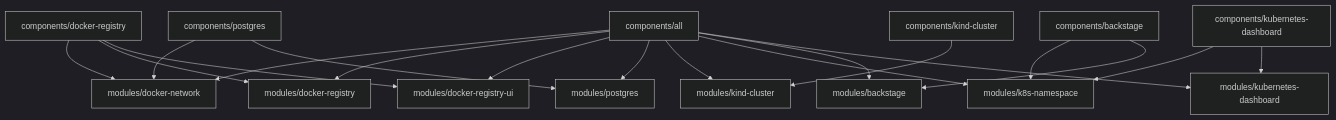
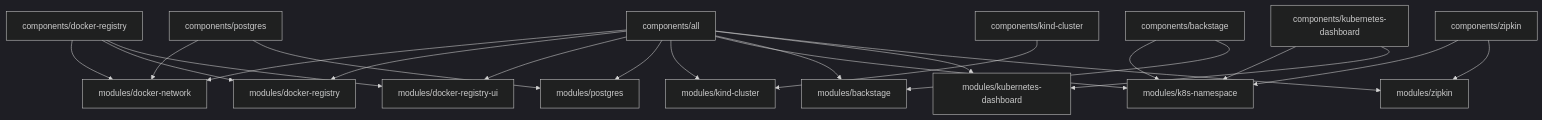
Before and after one commit to medimohammadise/elegant-infra-engine: the second of 3 diagrams in README.md, drawn with Mermaid (dark theme). The commit also changed other lines of this file and 17 other files, not shown here.

Commit message:
Add Zipkin component with optional public exposure

````diff
--- a/README.md
+++ b/README.md
@@ -50,24 +53,27 @@
 ```mermaid
 flowchart TD
   All["components/all"] --> DockerNetwork["modules/docker-network"]
   All --> Registry["modules/docker-registry"]
   All --> RegistryUI["modules/docker-registry-ui"]
   All --> Postgres["modules/postgres"]
   All --> Kind["modules/kind-cluster"]
   All --> Namespace["modules/k8s-namespace"]
   All --> Backstage["modules/backstage"]
   All --> Dashboard["modules/kubernetes-dashboard"]
+  All --> Zipkin["modules/zipkin"]
 
   RegistryComponent["components/docker-registry"] --> DockerNetwork
   RegistryComponent --> Registry
   RegistryComponent --> RegistryUI
 
   PostgresComponent["components/postgres"] --> DockerNetwork
   PostgresComponent --> Postgres
 
   KindComponent["components/kind-cluster"] --> Kind
   BackstageComponent["components/backstage"] --> Namespace
   BackstageComponent --> Backstage
   DashboardComponent["components/kubernetes-dashboard"] --> Namespace
   DashboardComponent --> Dashboard
+  ZipkinComponent["components/zipkin"] --> Namespace
+  ZipkinComponent --> Zipkin
 ```
````
